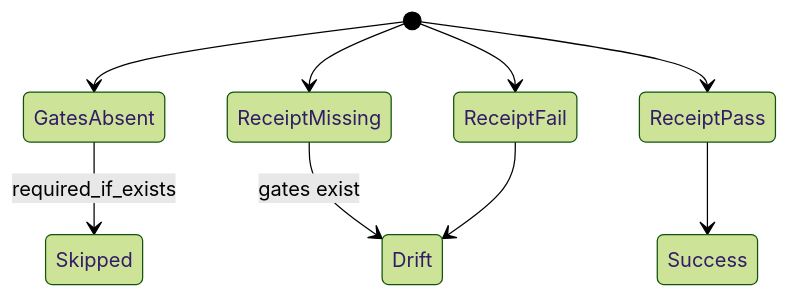
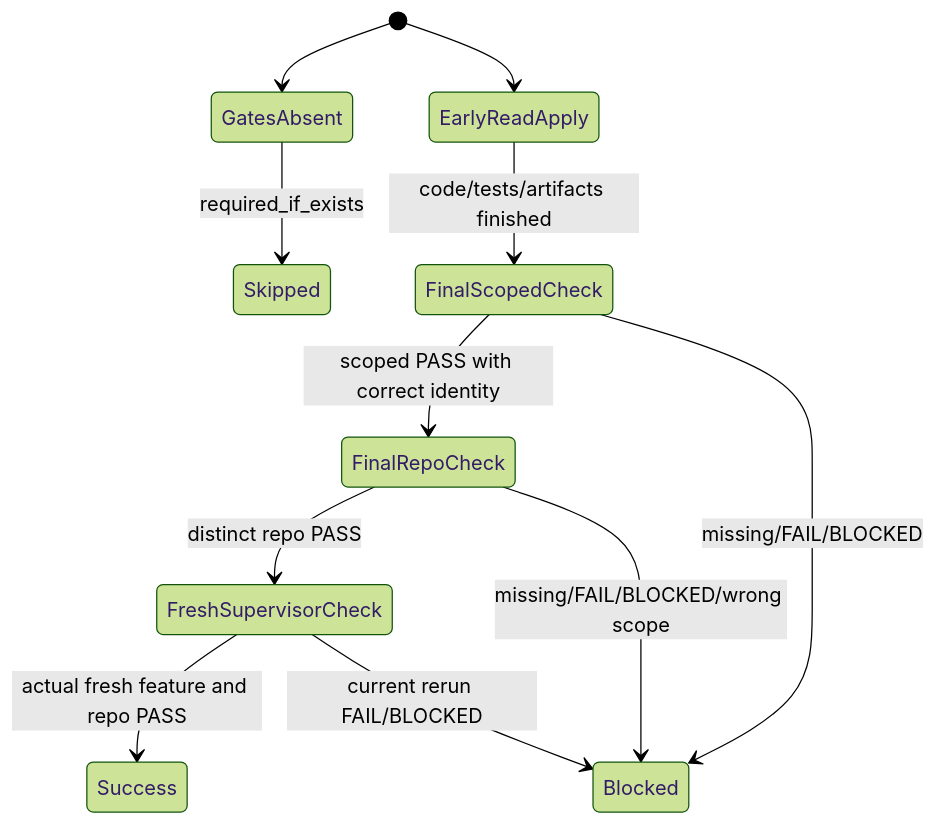
Before and after one commit to julien-m/livespec: the second of 2 diagrams in .specs/features/063-conventions-blocking-pipeline/plan.md, drawn with Mermaid (forest theme). The commit also changed other lines of this file and 1391 other files, not shown here.

````diff
--- a/.specs/features/063-conventions-blocking-pipeline/plan.md
+++ b/.specs/features/063-conventions-blocking-pipeline/plan.md
@@ -59,11 +67,13 @@
 ```mermaid
 stateDiagram-v2
     [*] --> GatesAbsent
     GatesAbsent --> Skipped: required_if_exists
-    [*] --> ReceiptMissing
-    ReceiptMissing --> Drift: gates exist
-    [*] --> ReceiptPass
-    ReceiptPass --> Success
-    [*] --> ReceiptFail
-    ReceiptFail --> Drift
+    [*] --> EarlyReadApply
+    EarlyReadApply --> FinalScopedCheck: code/tests/artifacts finished
+    FinalScopedCheck --> FinalRepoCheck: scoped PASS with correct identity
+    FinalRepoCheck --> FreshSupervisorCheck: distinct repo PASS
+    FreshSupervisorCheck --> Success: actual fresh feature and repo PASS
+    FinalScopedCheck --> Blocked: missing/FAIL/BLOCKED
+    FinalRepoCheck --> Blocked: missing/FAIL/BLOCKED/wrong scope
+    FreshSupervisorCheck --> Blocked: current rerun FAIL/BLOCKED
 ```
````
